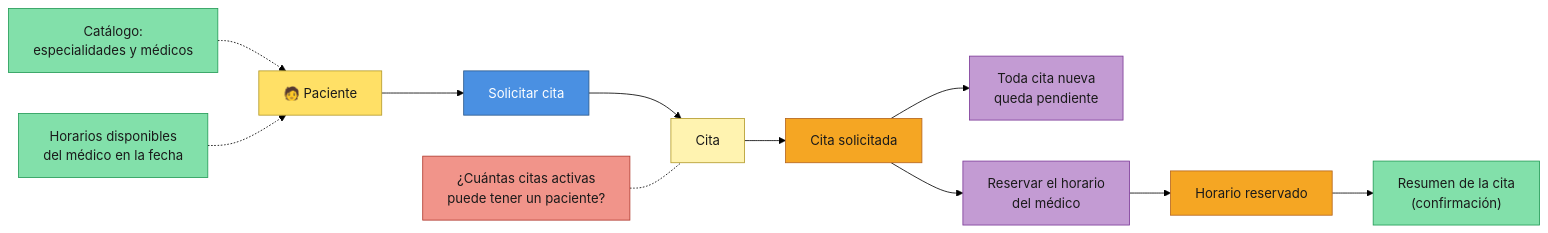
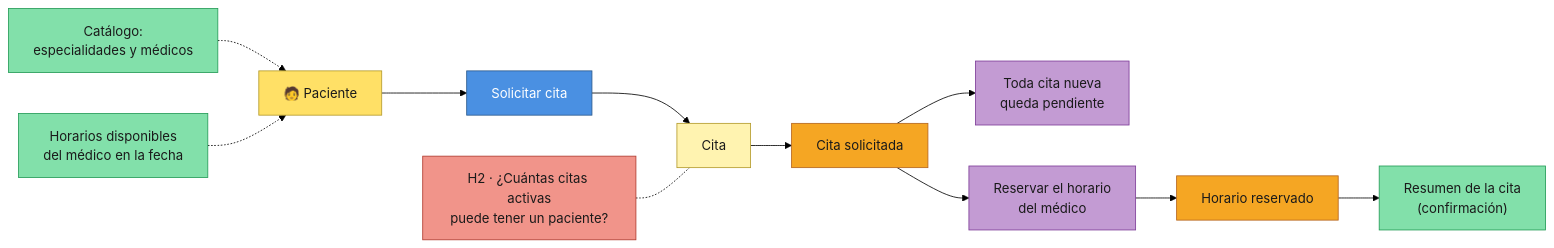
One commit to fox123abc/Clinica changed the fourth of 9 diagrams in docs/DDD-EVENT-STORMING.md. Above: the diagram before and after it, drawn with Mermaid (forest theme). The commit also changed other lines of this file and 6 other files, not shown here.

````diff
--- a/docs/DDD-EVENT-STORMING.md
+++ b/docs/DDD-EVENT-STORMING.md
@@ -196,19 +196,19 @@
 ```mermaid
 flowchart LR
     R1["Catálogo:<br/>especialidades y médicos"]:::lectura -.-> A1
     R2["Horarios disponibles<br/>del médico en la fecha"]:::lectura -.-> A1
     A1["🧑 Paciente"]:::actor --> C1["Solicitar cita"]:::comando --> G1["Cita"]:::agregado --> E1["Cita solicitada"]:::evento
     E1 --> P1["Toda cita nueva<br/>queda pendiente"]:::politica
     E1 --> P2["Reservar el horario<br/>del médico"]:::politica --> E2["Horario reservado"]:::evento
     E2 --> R3["Resumen de la cita<br/>(confirmación)"]:::lectura
 
-    H1["¿Cuántas citas activas<br/>puede tener un paciente?"]:::hotspot -.- G1
+    H1["H2 · ¿Cuántas citas activas<br/>puede tener un paciente?"]:::hotspot -.- G1
 
     classDef evento fill:#F5A623,stroke:#B5651D,color:#1A1A1A
     classDef comando fill:#4A90E2,stroke:#2C5A8C,color:#FFFFFF
     classDef actor fill:#FFE066,stroke:#B39A2B,color:#1A1A1A
     classDef agregado fill:#FFF3B0,stroke:#B39A2B,color:#1A1A1A
     classDef politica fill:#C39BD3,stroke:#7D3C98,color:#1A1A1A
     classDef lectura fill:#82E0AA,stroke:#239B56,color:#1A1A1A
     classDef hotspot fill:#F1948A,stroke:#B03A2E,color:#1A1A1A
 ```
````
